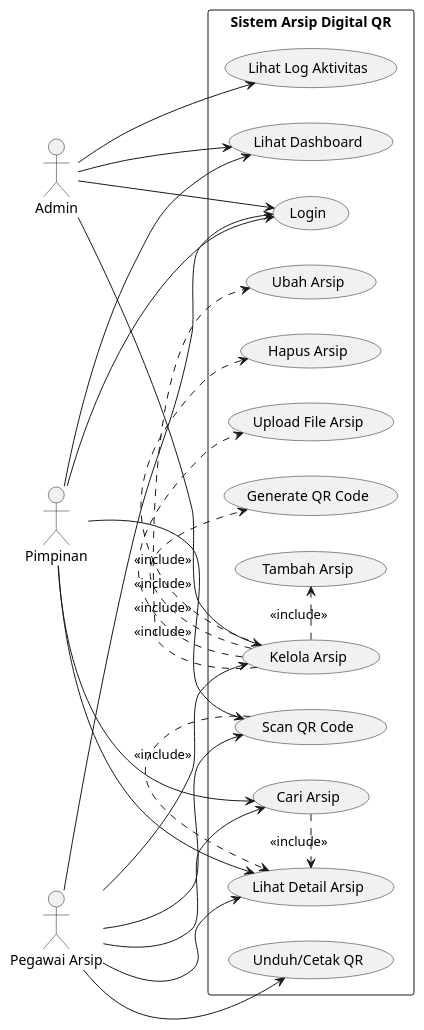
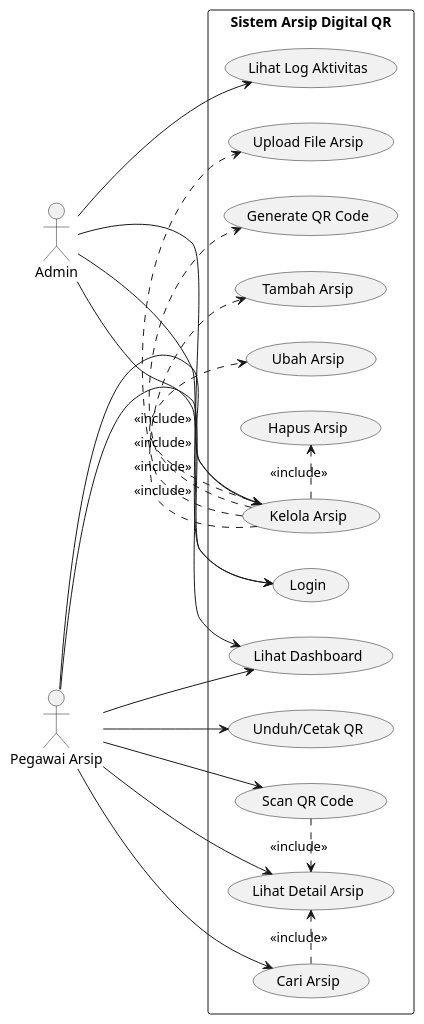
Before and after one commit to Hadevs27/Sistem-Arsip-Digital-Berbasis-Web-dengan-Fitur-Pencarian-QR-Code: the first of 4 diagrams in PRD.md, drawn with PlantUML. The commit also changed other lines of this file and 1 other file, not shown here.

Commit message:
Update docs: Hapus Pimpinan dari PRD dan sidebar menu

````diff
--- a/PRD.md
+++ b/PRD.md
@@ -288,50 +283,44 @@
 ```plantuml
 @startuml
 left to right direction
 actor Admin
 actor "Pegawai Arsip" as Pegawai
-actor Pimpinan
 
 rectangle "Sistem Arsip Digital QR" {
   usecase "Login" as UC1
   usecase "Kelola Arsip" as UC2
   usecase "Tambah Arsip" as UC3
   usecase "Ubah Arsip" as UC4
   usecase "Hapus Arsip" as UC5
   usecase "Upload File Arsip" as UC6
   usecase "Generate QR Code" as UC7
   usecase "Cari Arsip" as UC8
   usecase "Scan QR Code" as UC9
   usecase "Lihat Detail Arsip" as UC10
   usecase "Unduh/Cetak QR" as UC11
   usecase "Lihat Dashboard" as UC12
   usecase "Lihat Log Aktivitas" as UC13
 }
 
 Admin --> UC1
 Admin --> UC2
 Admin --> UC12
 Admin --> UC13
 
 Pegawai --> UC1
 Pegawai --> UC2
 Pegawai --> UC8
 Pegawai --> UC9
 Pegawai --> UC10
 Pegawai --> UC11
-
-Pimpinan --> UC1
-Pimpinan --> UC8
-Pimpinan --> UC9
-Pimpinan --> UC10
-Pimpinan --> UC12
+Pegawai --> UC12
 
 UC2 .> UC3 : <<include>>
 UC2 .> UC4 : <<include>>
 UC2 .> UC5 : <<include>>
 UC2 .> UC6 : <<include>>
 UC2 .> UC7 : <<include>>
 UC9 .> UC10 : <<include>>
 UC8 .> UC10 : <<include>>
 @enduml
 ```
````
